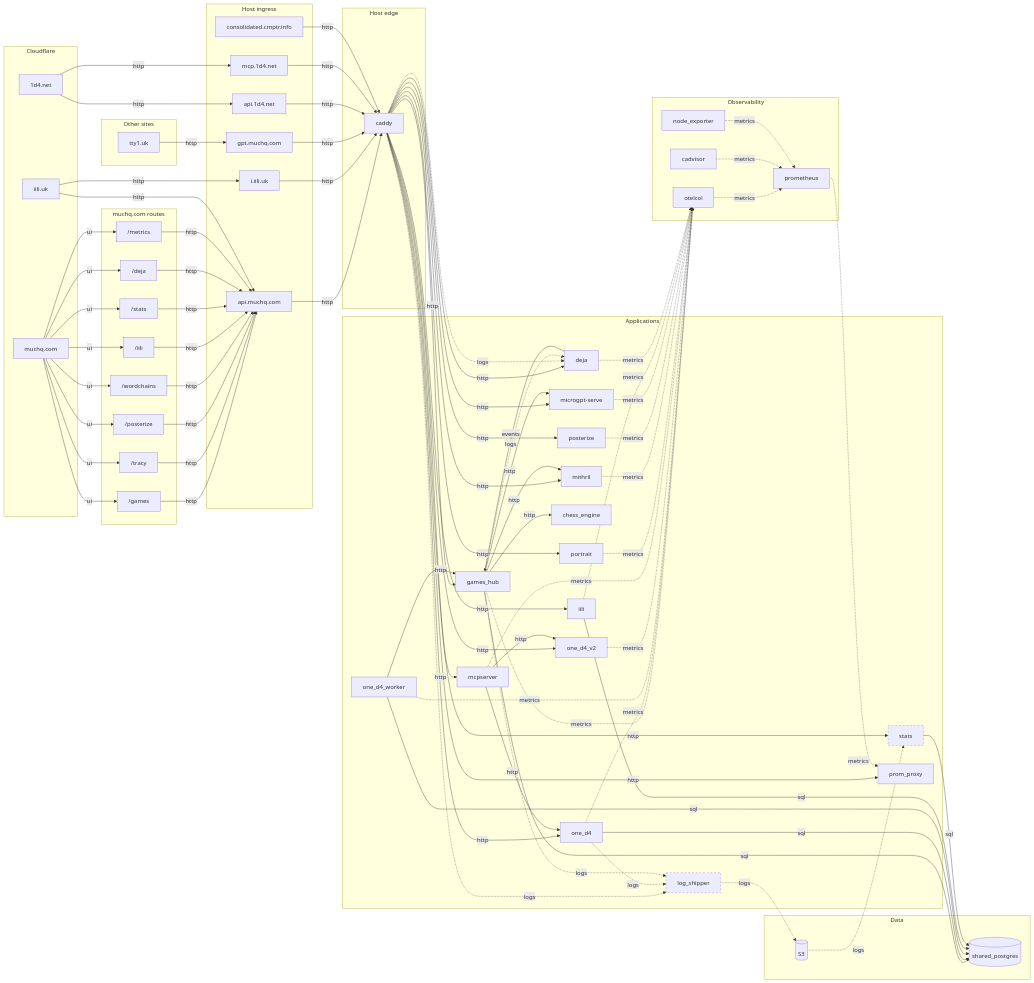
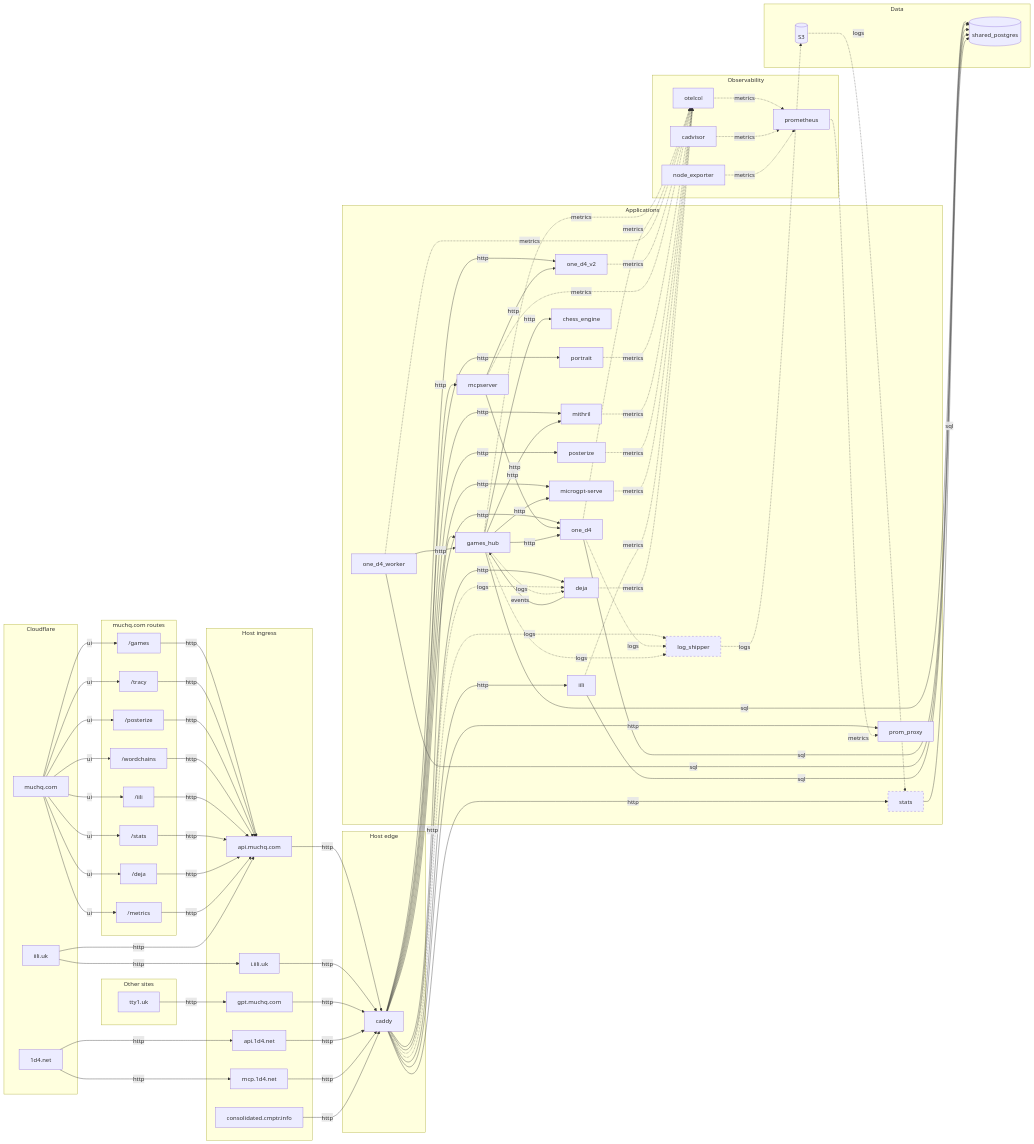
The diagram in src/apps/topology/topology.mmd (muchq/muchq.github.io), drawn with Mermaid before and after one commit. The commit also changed 6 other files, not shown here.

```diff
--- a/src/apps/topology/topology.mmd
+++ b/src/apps/topology/topology.mmd
@@ -1,157 +1,158 @@
 flowchart LR
   subgraph cf["Cloudflare"]
     muchq_com["muchq.com"]
     iili_uk["iili.uk"]
     one_d4_net["1d4.net"]
   end
 
   subgraph ext["Other sites"]
     tty1_uk["tty1.uk"]
   end
 
   subgraph ingress["Host ingress"]
     api_muchq["api.muchq.com"]
     i_iili_uk["i.iili.uk"]
     gpt_muchq["gpt.muchq.com"]
     api_1d4["api.1d4.net"]
     mcp_1d4["mcp.1d4.net"]
     cmptr["consolidated.cmptr.info"]
   end
 
   subgraph ui["muchq.com routes"]
     ui_games["/games"]
     ui_tracy["/tracy"]
     ui_posterize["/posterize"]
     ui_wordchains["/wordchains"]
     ui_iili["/iili"]
     ui_stats["/stats"]
     ui_deja["/deja"]
     ui_metrics["/metrics"]
   end
 
   subgraph edge["Host edge"]
     caddy["caddy"]
   end
 
   subgraph apps["Applications"]
     games_hub["games_hub"]
     one_d4["one_d4"]
     one_d4_worker["one_d4_worker"]
     one_d4_v2["one_d4_v2"]
     mcpserver["mcpserver"]
     portrait["portrait"]
     mithril["mithril"]
     chess_engine["chess_engine"]
     posterize["posterize"]
     microgpt-serve["microgpt-serve"]
     iili["iili"]
     deja["deja"]
     stats["stats"]:::gated
     log_shipper["log_shipper"]:::gated
     prom_proxy["prom_proxy"]
   end
 
   subgraph data["Data"]
     shared_postgres[("shared_postgres")]
     s3[("S3")]
   end
 
   subgraph obs["Observability"]
     otelcol["otelcol"]
     prometheus["prometheus"]
     cadvisor["cadvisor"]
     node_exporter["node_exporter"]
   end
 
   muchq_com -->|ui| ui_games
   muchq_com -->|ui| ui_tracy
   muchq_com -->|ui| ui_posterize
   muchq_com -->|ui| ui_wordchains
   muchq_com -->|ui| ui_iili
   muchq_com -->|ui| ui_stats
   muchq_com -->|ui| ui_deja
   muchq_com -->|ui| ui_metrics
 
   ui_games -->|http| api_muchq
   ui_tracy -->|http| api_muchq
   ui_posterize -->|http| api_muchq
   ui_wordchains -->|http| api_muchq
   ui_iili -->|http| api_muchq
   ui_stats -->|http| api_muchq
   ui_deja -->|http| api_muchq
   ui_metrics -->|http| api_muchq
 
   iili_uk -->|http| api_muchq
   iili_uk -->|http| i_iili_uk
   one_d4_net -->|http| api_1d4
   one_d4_net -->|http| mcp_1d4
   tty1_uk -->|http| gpt_muchq
 
   api_muchq -->|http| caddy
   i_iili_uk -->|http| caddy
   gpt_muchq -->|http| caddy
   api_1d4 -->|http| caddy
   mcp_1d4 -->|http| caddy
   cmptr -->|http| caddy
 
   caddy -->|http| games_hub
   caddy -->|http| portrait
   caddy -->|http| mithril
   caddy -->|http| posterize
   caddy -->|http| microgpt-serve
   caddy -->|http| one_d4
   caddy -->|http| one_d4_v2
   caddy -->|http| iili
   caddy -->|http| stats
   caddy -->|http| deja
   caddy -->|http| mcpserver
   caddy -->|http| prom_proxy
 
   mcpserver -->|http| one_d4
   mcpserver -->|http| one_d4_v2
   deja -->|events| games_hub
 
   games_hub -->|sql| shared_postgres
   games_hub -->|http| microgpt-serve
   games_hub -->|http| mithril
   games_hub -->|http| chess_engine
+  games_hub -->|http| one_d4
   one_d4 -->|sql| shared_postgres
   one_d4_worker -->|sql| shared_postgres
   one_d4_worker -->|http| games_hub
   iili -->|sql| shared_postgres
   stats -->|sql| shared_postgres
 
   caddy -.->|logs| deja
   games_hub -.->|logs| deja
   caddy -.->|logs| log_shipper
   one_d4 -.->|logs| log_shipper
   games_hub -.->|logs| log_shipper
   log_shipper -.->|logs| s3
   s3 -.->|logs| stats
 
   games_hub -.->|metrics| otelcol
   one_d4 -.->|metrics| otelcol
   one_d4_worker -.->|metrics| otelcol
   one_d4_v2 -.->|metrics| otelcol
   mcpserver -.->|metrics| otelcol
   portrait -.->|metrics| otelcol
   mithril -.->|metrics| otelcol
   posterize -.->|metrics| otelcol
   microgpt-serve -.->|metrics| otelcol
   iili -.->|metrics| otelcol
   deja -.->|metrics| otelcol
   otelcol -.->|metrics| prometheus
   cadvisor -.->|metrics| prometheus
   node_exporter -.->|metrics| prometheus
   prometheus -.->|metrics| prom_proxy
 
   classDef gated stroke-dasharray: 5 5
 
   click games_hub "https://muchq.com/games"
   click portrait "https://muchq.com/tracy"
   click posterize "https://muchq.com/posterize"
   click mithril "https://muchq.com/wordchains"
   click iili "https://muchq.com/iili"
   click stats "https://muchq.com/stats"
   click deja "https://muchq.com/deja"
   click prom_proxy "https://muchq.com/metrics"
```
